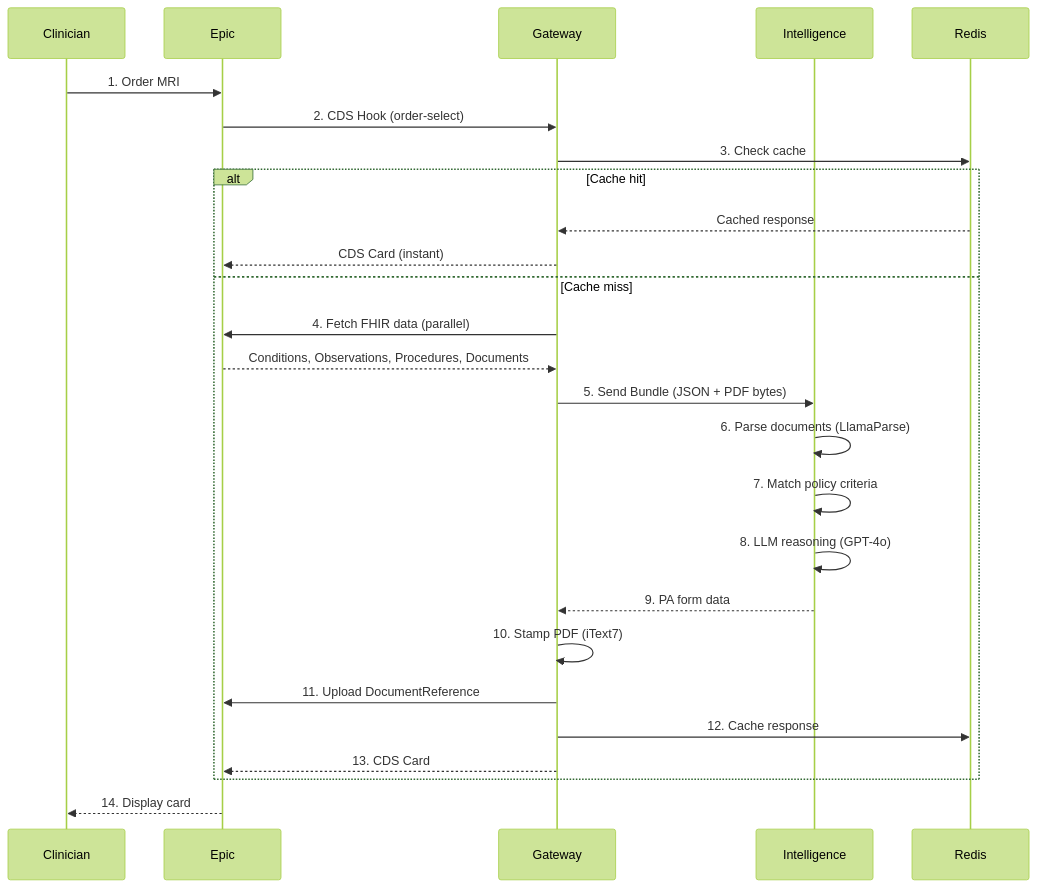
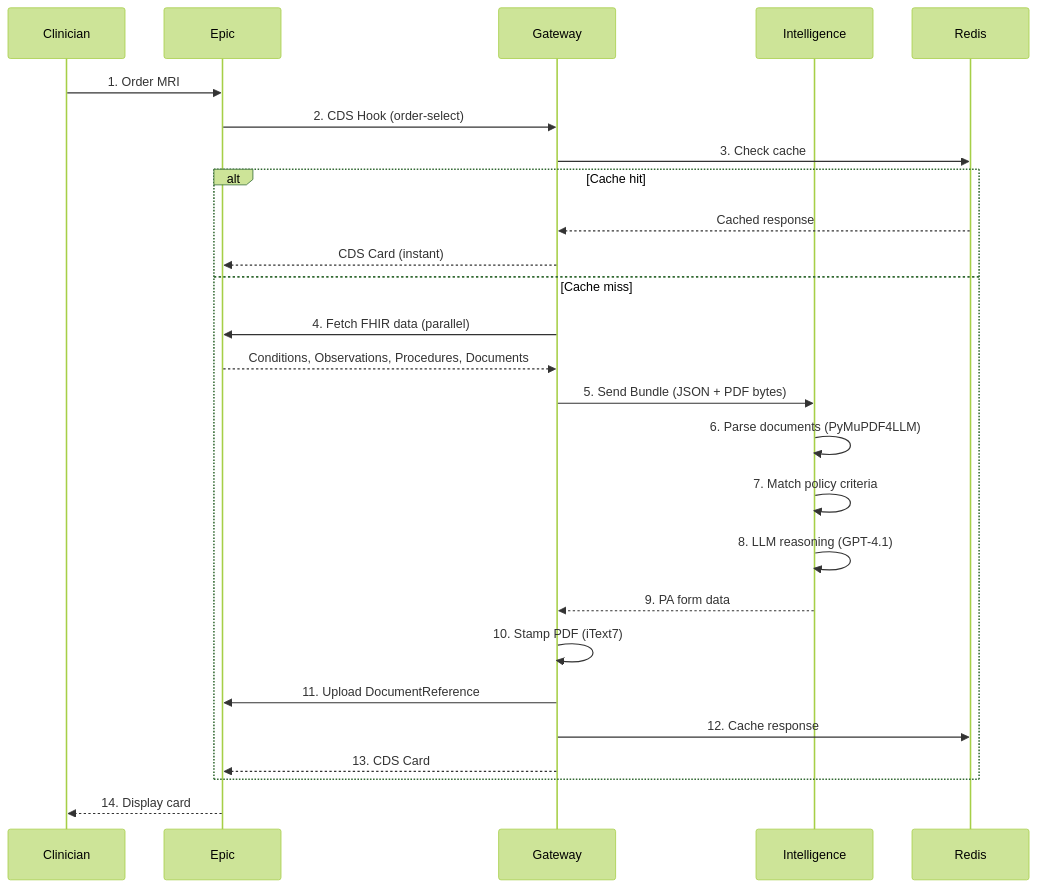
One commit to lvlup-sw/authscript changed the second of 2 diagrams in docs/ARCHITECTURE.md. Above: the diagram before and after it, drawn with Mermaid (forest theme). The commit also changed other lines of this file and 5 other files, not shown here.

First line of the commit message:
refactor: Replace LlamaParse with PyMuPDF4LLM for PDF extraction

````diff
--- a/docs/ARCHITECTURE.md
+++ b/docs/ARCHITECTURE.md
@@ -44,29 +44,29 @@
 ```mermaid
 sequenceDiagram
     participant C as Clinician
     participant E as Epic
     participant G as Gateway
     participant I as Intelligence
     participant R as Redis
 
     C->>E: 1. Order MRI
     E->>G: 2. CDS Hook (order-select)
     G->>R: 3. Check cache
     alt Cache hit
         R-->>G: Cached response
         G-->>E: CDS Card (instant)
     else Cache miss
         G->>E: 4. Fetch FHIR data (parallel)
         E-->>G: Conditions, Observations, Procedures, Documents
         G->>I: 5. Send Bundle (JSON + PDF bytes)
-        I->>I: 6. Parse documents (LlamaParse)
+        I->>I: 6. Parse documents (PyMuPDF4LLM)
         I->>I: 7. Match policy criteria
-        I->>I: 8. LLM reasoning (GPT-4o)
+        I->>I: 8. LLM reasoning (GPT-4.1)
         I-->>G: 9. PA form data
         G->>G: 10. Stamp PDF (iText7)
         G->>E: 11. Upload DocumentReference
         G->>R: 12. Cache response
         G-->>E: 13. CDS Card
     end
     E-->>C: 14. Display card
 ```
````
